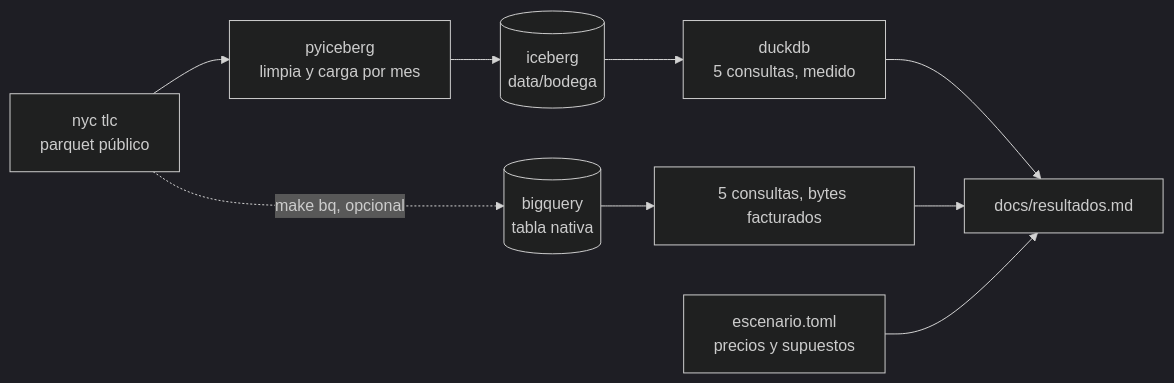
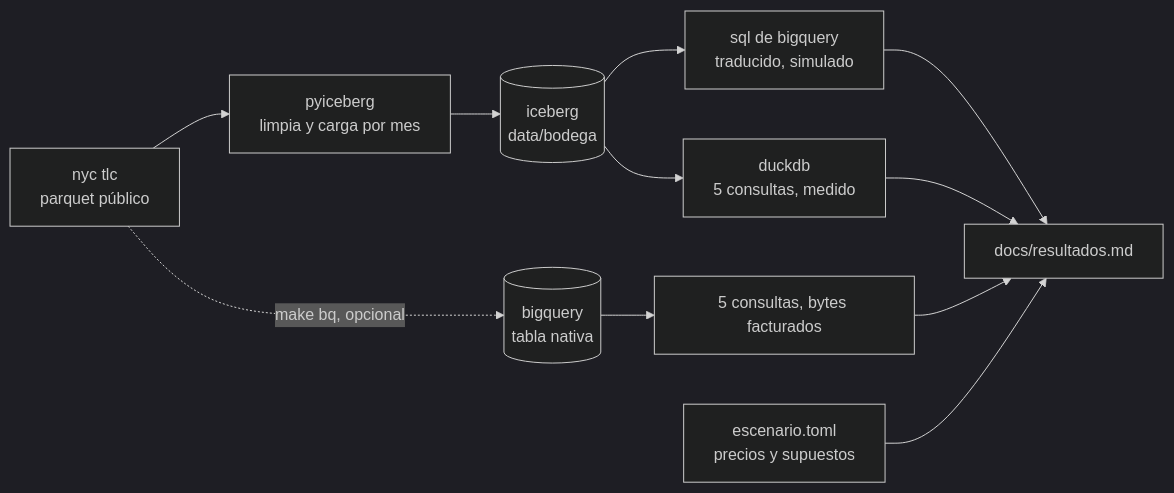
The diagram in 01-lakehouse-de-bolsillo/README.md (datanomadlab/pocs), drawn with Mermaid (dark theme) before and after one commit. The commit also changed other lines of this file and 15 other files, not shown here.

````diff
--- a/01-lakehouse-de-bolsillo/README.md
+++ b/01-lakehouse-de-bolsillo/README.md
@@ -18,11 +18,13 @@
 ```mermaid
 flowchart LR
   A[nyc tlc<br/>parquet público] --> B[pyiceberg<br/>limpia y carga por mes]
   B --> C[(iceberg<br/>data/bodega)]
   C --> D[duckdb<br/>5 consultas, medido]
+  C --> S[sql de bigquery<br/>traducido, simulado]
+  S --> G
   A -. make bq, opcional .-> E[(bigquery<br/>tabla nativa)]
   E --> F[5 consultas, bytes facturados]
   D --> G[docs/resultados.md]
   F --> G
   H[escenario.toml<br/>precios y supuestos] --> G
 ```
````
